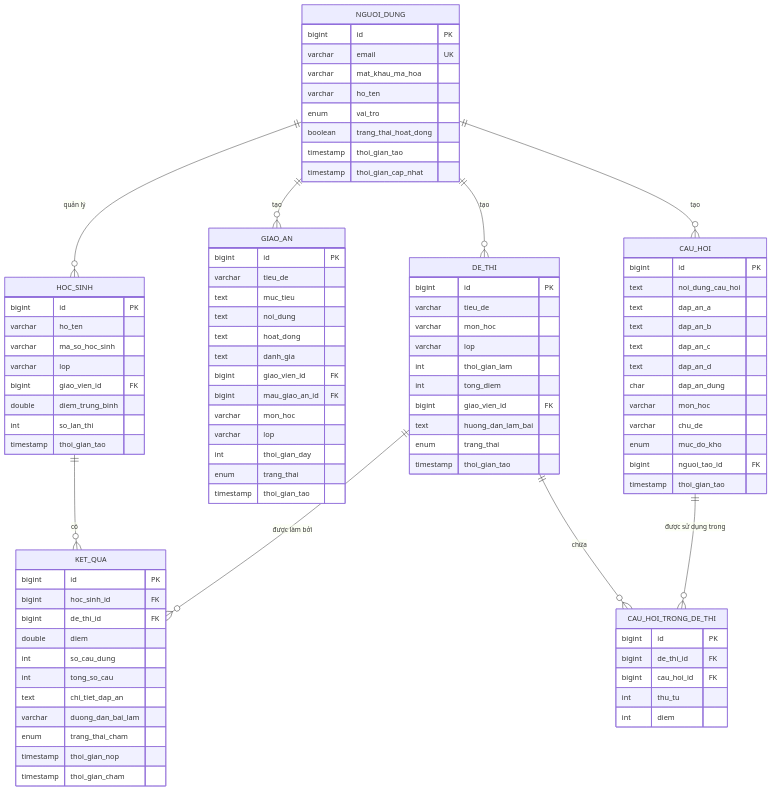
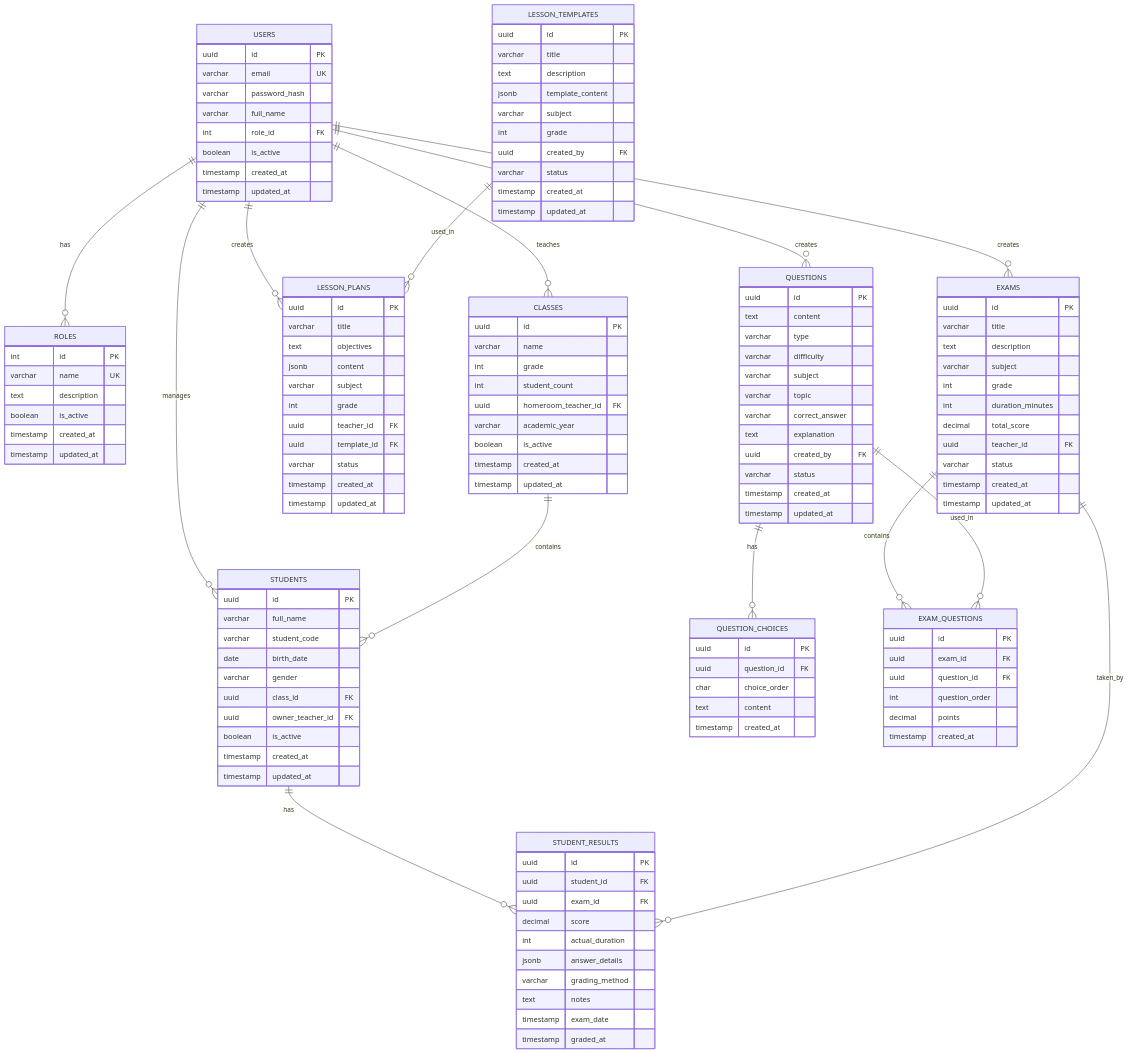
The second of 2 diagrams in Documents/DETAIL.md (PlanBookAI/PlanBookAI), drawn with Mermaid before and after one commit. The commit also changed other lines of this file and 7 other files, not shown here.

````diff
--- a/Documents/DETAIL.md
+++ b/Documents/DETAIL.md
@@ -593,101 +593,150 @@
 ```mermaid
 erDiagram
-    NGUOI_DUNG {
-        bigint id PK
+    USERS {
+        uuid id PK
         varchar email UK
-        varchar mat_khau_ma_hoa
-        varchar ho_ten
-        enum vai_tro
-        boolean trang_thai_hoat_dong
-        timestamp thoi_gian_tao
-        timestamp thoi_gian_cap_nhat
+        varchar password_hash
+        varchar full_name
+        int role_id FK
+        boolean is_active
+        timestamp created_at
+        timestamp updated_at
     }
     
-    HOC_SINH {
-        bigint id PK
-        varchar ho_ten
-        varchar ma_so_hoc_sinh
-        varchar lop
-        bigint giao_vien_id FK
-        double diem_trung_binh
-        int so_lan_thi
-        timestamp thoi_gian_tao
+    ROLES {
+        int id PK
+        varchar name UK
+        text description
+        boolean is_active
+        timestamp created_at
+        timestamp updated_at
     }
     
-    GIAO_AN {
-        bigint id PK
-        varchar tieu_de
-        text muc_tieu
-        text noi_dung
-        text hoat_dong
-        text danh_gia
-        bigint giao_vien_id FK
-        bigint mau_giao_an_id FK
-        varchar mon_hoc
-        varchar lop
-        int thoi_gian_day
-        enum trang_thai
-        timestamp thoi_gian_tao
+    STUDENTS {
+        uuid id PK
+        varchar full_name
+        varchar student_code
+        date birth_date
+        varchar gender
+        uuid class_id FK
+        uuid owner_teacher_id FK
+        boolean is_active
+        timestamp created_at
+        timestamp updated_at
     }
     
-    CAU_HOI {
-        bigint id PK
-        text noi_dung_cau_hoi
-        text dap_an_a
-        text dap_an_b
-        text dap_an_c
-        text dap_an_d
-        char dap_an_dung
-        varchar mon_hoc
-        varchar chu_de
-        enum muc_do_kho
-        bigint nguoi_tao_id FK
-        timestamp thoi_gian_tao
+    CLASSES {
+        uuid id PK
+        varchar name
+        int grade
+        int student_count
+        uuid homeroom_teacher_id FK
+        varchar academic_year
+        boolean is_active
+        timestamp created_at
+        timestamp updated_at
     }
     
-    DE_THI {
-        bigint id PK
-        varchar tieu_de
-        varchar mon_hoc
-        varchar lop
-        int thoi_gian_lam
-        int tong_diem
-        bigint giao_vien_id FK
-        text huong_dan_lam_bai
-        enum trang_thai
-        timestamp thoi_gian_tao
+    LESSON_PLANS {
+        uuid id PK
+        varchar title
+        text objectives
+        jsonb content
+        varchar subject
+        int grade
+        uuid teacher_id FK
+        uuid template_id FK
+        varchar status
+        timestamp created_at
+        timestamp updated_at
     }
     
-    CAU_HOI_TRONG_DE_THI {
-        bigint id PK
-        bigint de_thi_id FK
-        bigint cau_hoi_id FK
-        int thu_tu
-        int diem
+    LESSON_TEMPLATES {
+        uuid id PK
+        varchar title
+        text description
+        jsonb template_content
+        varchar subject
+        int grade
+        uuid created_by FK
+        varchar status
+        timestamp created_at
+        timestamp updated_at
     }
     
-    KET_QUA {
-        bigint id PK
-        bigint hoc_sinh_id FK
-        bigint de_thi_id FK
-        double diem
-        int so_cau_dung
-        int tong_so_cau
-        text chi_tiet_dap_an
-        varchar duong_dan_bai_lam
-        enum trang_thai_cham
-        timestamp thoi_gian_nop
-        timestamp thoi_gian_cham
+    QUESTIONS {
+        uuid id PK
+        text content
+        varchar type
+        varchar difficulty
+        varchar subject
+        varchar topic
+        varchar correct_answer
+        text explanation
+        uuid created_by FK
+        varchar status
+        timestamp created_at
+        timestamp updated_at
     }
     
-    NGUOI_DUNG ||--o{ HOC_SINH : "quản lý"
-    NGUOI_DUNG ||--o{ GIAO_AN : "tạo"
-    NGUOI_DUNG ||--o{ CAU_HOI : "tạo"
-    NGUOI_DUNG ||--o{ DE_THI : "tạo"
+    QUESTION_CHOICES {
+        uuid id PK
+        uuid question_id FK
+        char choice_order
+        text content
+        timestamp created_at
+    }
     
-    DE_THI ||--o{ CAU_HOI_TRONG_DE_THI : "chứa"
-    CAU_HOI ||--o{ CAU_HOI_TRONG_DE_THI : "được sử dụng trong"
+    EXAMS {
+        uuid id PK
+        varchar title
+        text description
+        varchar subject
+        int grade
+        int duration_minutes
+        decimal total_score
+        uuid teacher_id FK
+        varchar status
+        timestamp created_at
+        timestamp updated_at
+    }
     
-    HOC_SINH ||--o{ KET_QUA : "có"
-    DE_THI ||--o{ KET_QUA : "được làm bởi"
+    EXAM_QUESTIONS {
+        uuid id PK
+        uuid exam_id FK
+        uuid question_id FK
+        int question_order
+        decimal points
+        timestamp created_at
+    }
+    
+    STUDENT_RESULTS {
+        uuid id PK
+        uuid student_id FK
+        uuid exam_id FK
+        decimal score
+        int actual_duration
+        jsonb answer_details
+        varchar grading_method
+        text notes
+        timestamp exam_date
+        timestamp graded_at
+    }
+    
+    USERS ||--o{ ROLES : "has"
+    USERS ||--o{ STUDENTS : "manages"
+    USERS ||--o{ LESSON_PLANS : "creates"
+    USERS ||--o{ QUESTIONS : "creates"
+    USERS ||--o{ EXAMS : "creates"
+    USERS ||--o{ CLASSES : "teaches"
+    
+    CLASSES ||--o{ STUDENTS : "contains"
+    LESSON_TEMPLATES ||--o{ LESSON_PLANS : "used_in"
+    
+    EXAMS ||--o{ EXAM_QUESTIONS : "contains"
+    QUESTIONS ||--o{ EXAM_QUESTIONS : "used_in"
+    QUESTIONS ||--o{ QUESTION_CHOICES : "has"
+    
+    STUDENTS ||--o{ STUDENT_RESULTS : "has"
+    EXAMS ||--o{ STUDENT_RESULTS : "taken_by"
 ```
````
